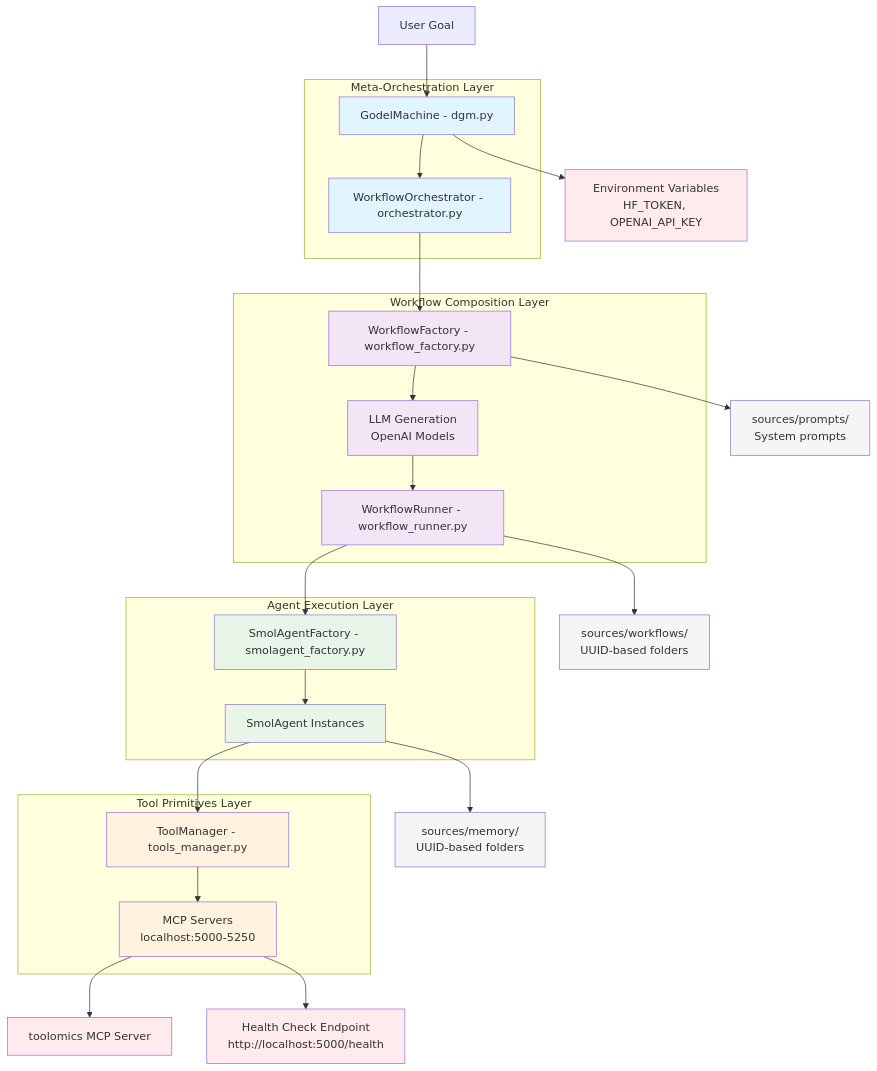
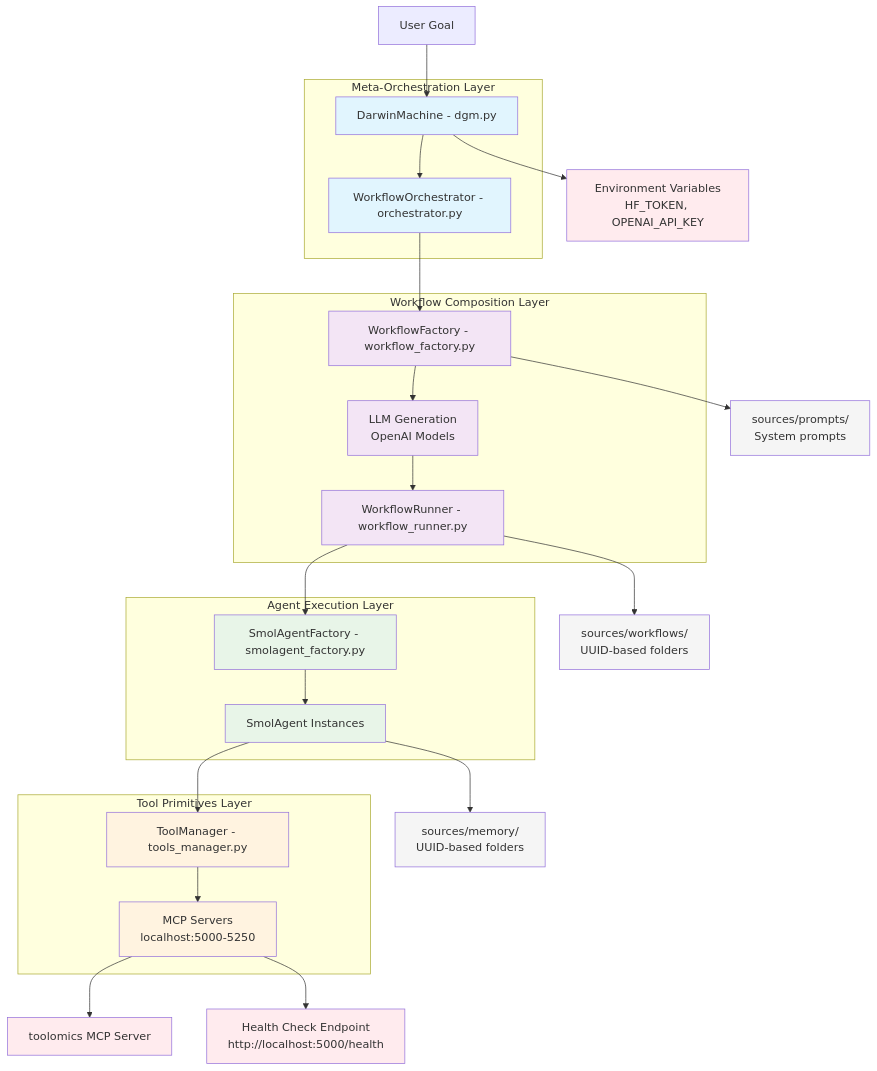
One commit to HolobiomicsLab/Mimosa-AI changed the diagram in docs/diagrams/class_diagram.mermaid. Above: the diagram before and after it, drawn with Mermaid. The commit also changed 8 other files, not shown here.

```diff
--- a/docs/diagrams/class_diagram.mermaid
+++ b/docs/diagrams/class_diagram.mermaid
@@ -1,65 +1,65 @@
 graph TD
-      A[User Goal] --> B[GodelMachine - dgm.py]
+      A[User Goal] --> B[DarwinMachine - dgm.py]
       B --> C[WorkflowOrchestrator - orchestrator.py]
       C --> D[WorkflowFactory - workflow_factory.py]
       D --> E[LLM Generation<br/>OpenAI Models]
       E --> F[WorkflowRunner - workflow_runner.py]
       F --> G[SmolAgentFactory - smolagent_factory.py]
       G --> H[SmolAgent Instances]
       H --> I[ToolManager - tools_manager.py]
       I --> J[MCP Servers<br/>localhost:5000-5250]
 
       %% 4-Layer Architecture
       subgraph "Meta-Orchestration Layer"
           B
           C
       end
 
       subgraph "Workflow Composition Layer"
           D
           E
           F
       end
 
       subgraph "Agent Execution Layer"
           G
           H
       end
 
       subgraph "Tool Primitives Layer"
           I
           J
       end
 
       %% Storage Components
       K[sources/workflows/<br/>UUID-based folders]
       L[sources/memory/<br/>UUID-based folders]
       M[sources/prompts/<br/>System prompts]
 
       F --> K
       H --> L
       D --> M
 
       %% External Dependencies
       N[toolomics MCP Server]
       O[Environment Variables<br/>HF_TOKEN, OPENAI_API_KEY]
       P[Health Check Endpoint<br/>http://localhost:5000/health]
 
       J --> N
       B --> O
       J --> P
 
 
       classDef layer1 fill:#e1f5fe
       classDef layer2 fill:#f3e5f5
       classDef layer3 fill:#e8f5e8
       classDef layer4 fill:#fff3e0
       classDef storage fill:#f5f5f5
       classDef external fill:#ffebee
 
       class B,C layer1
       class D,E,F layer2
       class G,H layer3
       class I,J layer4
       class K,L,M storage
       class N,O,P external
```
